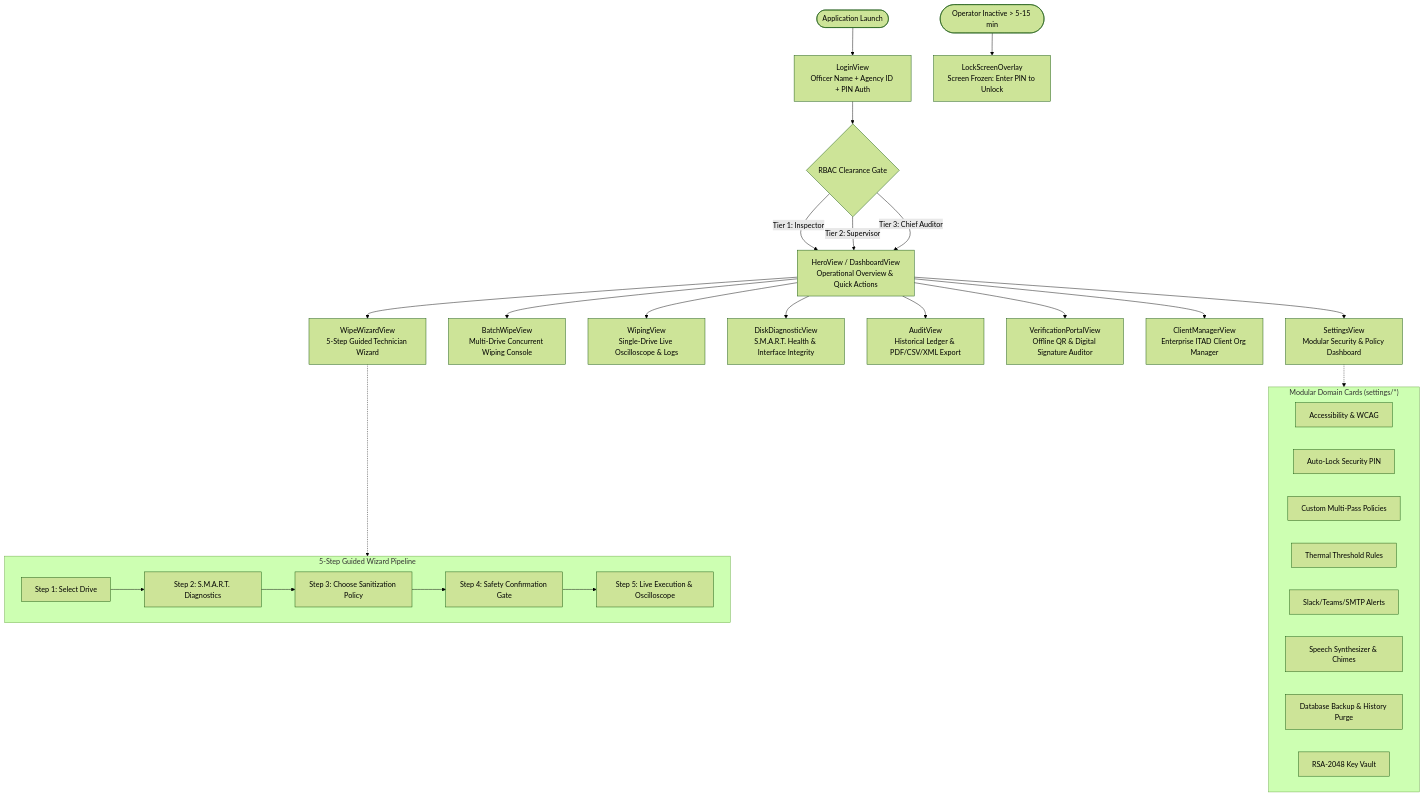
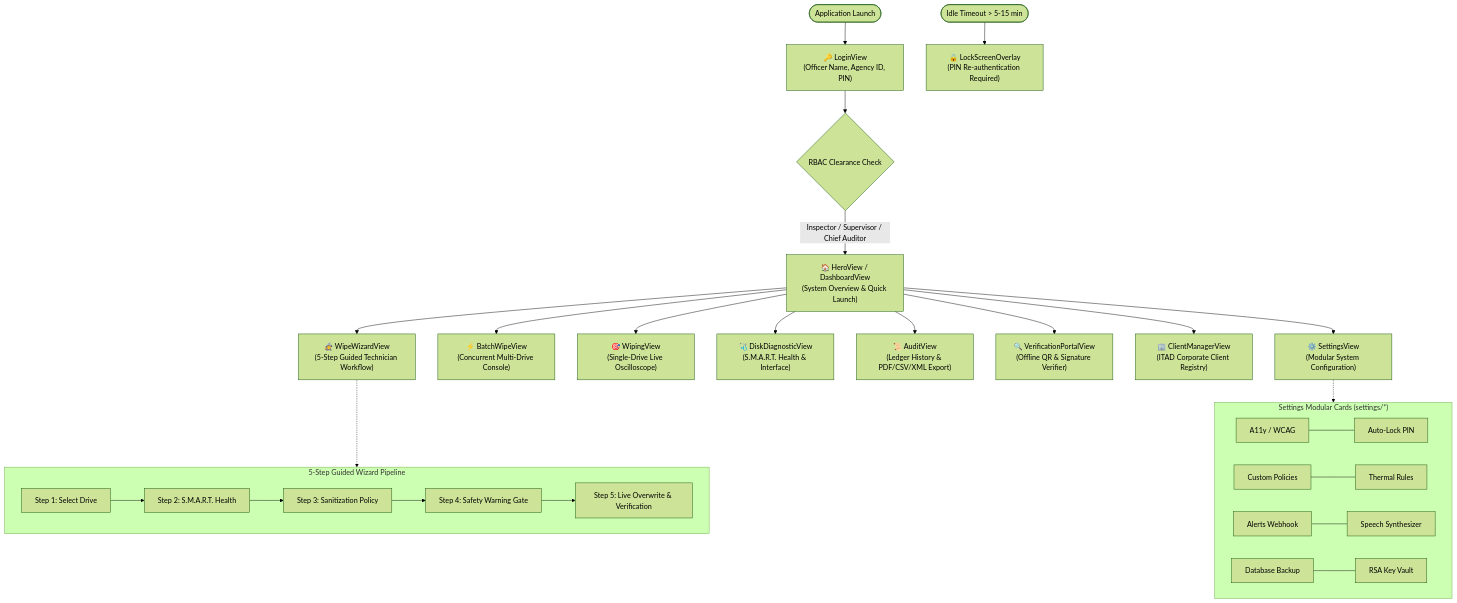
One commit to pranaash31/Secure-Data-Wiping changed the second of 24 diagrams in PROJECT_STUDY_GUIDE.md. Above: the diagram before and after it, drawn with Mermaid (forest theme). The commit also changed other lines of this file, not shown here.

````diff
--- a/PROJECT_STUDY_GUIDE.md
+++ b/PROJECT_STUDY_GUIDE.md
@@ -63,42 +80,34 @@
 ```mermaid
 flowchart TD
-    START([Application Launch]) --> LOGIN[LoginView\nOfficer Name + Agency ID + PIN Auth]
+    START([Application Launch]) --> LOGIN["🔑 LoginView\n(Officer Name, Agency ID, PIN)"]
     
-    LOGIN --> SESS_CHECK{RBAC Clearance Gate}
-    SESS_CHECK -->|Tier 1: Inspector| HERO[HeroView / DashboardView\nOperational Overview & Quick Actions]
-    SESS_CHECK -->|Tier 2: Supervisor| HERO
-    SESS_CHECK -->|Tier 3: Chief Auditor| HERO
+    LOGIN --> GATE{RBAC Clearance Check}
+    GATE -->|Inspector / Supervisor / Chief Auditor| HERO["🏠 HeroView / DashboardView\n(System Overview & Quick Launch)"]
     
-    HERO --> WIZARD[WipeWizardView\n5-Step Guided Technician Wizard]
-    HERO --> BATCH[BatchWipeView\nMulti-Drive Concurrent Wiping Console]
-    HERO --> WIPING[WipingView\nSingle-Drive Live Oscilloscope & Logs]
-    HERO --> DIAG[DiskDiagnosticView\nS.M.A.R.T. Health & Interface Integrity]
-    HERO --> AUDIT[AuditView\nHistorical Ledger & PDF/CSV/XML Export]
-    HERO --> VERIFY[VerificationPortalView\nOffline QR & Digital Signature Auditor]
-    HERO --> CLIENTS[ClientManagerView\nEnterprise ITAD Client Org Manager]
-    HERO --> SETTINGS[SettingsView\nModular Security & Policy Dashboard]
+    HERO --> WIZ["🧙 WipeWizardView\n(5-Step Guided Technician Workflow)"]
+    HERO --> BAT["⚡ BatchWipeView\n(Concurrent Multi-Drive Console)"]
+    HERO --> WIP["🎯 WipingView\n(Single-Drive Live Oscilloscope)"]
+    HERO --> DIA["🩺 DiskDiagnosticView\n(S.M.A.R.T. Health & Interface)"]
+    HERO --> AUD["📜 AuditView\n(Ledger History & PDF/CSV/XML Export)"]
+    HERO --> VRF["🔍 VerificationPortalView\n(Offline QR & Signature Verifier)"]
+    HERO --> CLI["🏢 ClientManagerView\n(ITAD Corporate Client Registry)"]
+    HERO --> SET["⚙️ SettingsView\n(Modular System Configuration)"]
 
-    subgraph WIZARD_STEPS["5-Step Guided Wizard Pipeline"]
-        W1[Step 1: Select Drive] --> W2[Step 2: S.M.A.R.T. Diagnostics]
-        W2 --> W3[Step 3: Choose Sanitization Policy]
-        W3 --> W4[Step 4: Safety Confirmation Gate]
-        W4 --> W5[Step 5: Live Execution & Oscilloscope]
+    subgraph WIZARD_PIPELINE["5-Step Guided Wizard Pipeline"]
+        W1["Step 1: Select Drive"] --> W2["Step 2: S.M.A.R.T. Health"]
+        W2 --> W3["Step 3: Sanitization Policy"]
+        W3 --> W4["Step 4: Safety Warning Gate"]
+        W4 --> W5["Step 5: Live Overwrite & Verification"]
     end
+    WIZ -.-> WIZARD_PIPELINE
 
-    WIZARD -.-> WIZARD_STEPS
+    subgraph SETTINGS_CARDS["Settings Modular Cards (settings/*)"]
+        SC1["A11y / WCAG"] --- SC2["Auto-Lock PIN"]
+        SC3["Custom Policies"] --- SC4["Thermal Rules"]
+        SC5["Alerts Webhook"] --- SC6["Speech Synthesizer"]
+        SC7["Database Backup"] --- SC8["RSA Key Vault"]
+    end
+    SET -.-> SETTINGS_CARDS
 
-    subgraph SETTINGS_MODULES["Modular Domain Cards (settings/*)"]
-        S_A11Y[Accessibility & WCAG]
-        S_LOCK[Auto-Lock Security PIN]
-        S_POL[Custom Multi-Pass Policies]
-        S_THERM[Thermal Threshold Rules]
-        S_ALERT[Slack/Teams/SMTP Alerts]
-        S_AUDIO[Speech Synthesizer & Chimes]
-        S_DB[Database Backup & History Purge]
-        S_CRYPTO[RSA-2048 Key Vault]
-    end
-
-    SETTINGS -.-> SETTINGS_MODULES
-
-    IDLE([Operator Inactive > 5-15 min]) --> LOCK_OVERLAY[LockScreenOverlay\nScreen Frozen: Enter PIN to Unlock]
+    IDLE([Idle Timeout > 5-15 min]) --> LOCK["🔒 LockScreenOverlay\n(PIN Re-authentication Required)"]
 ```
````
